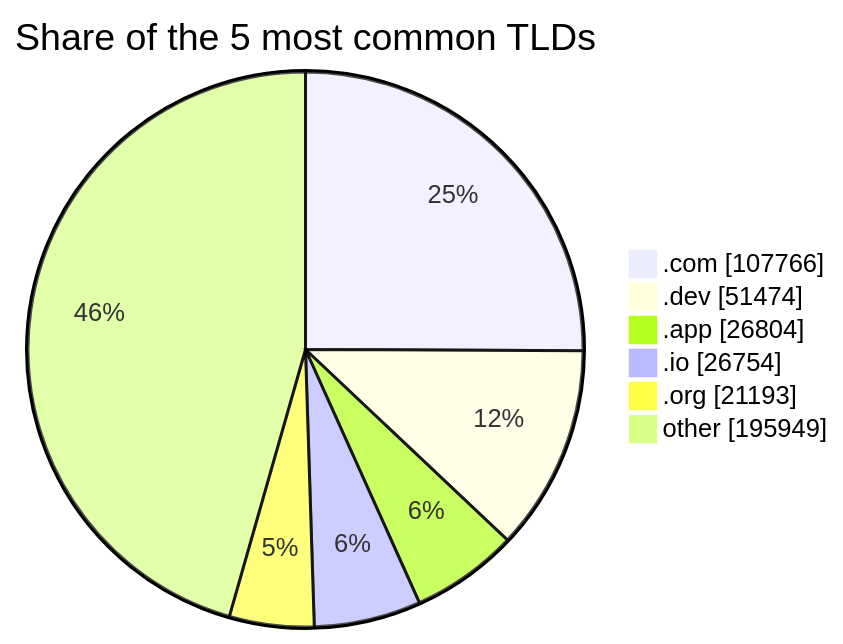
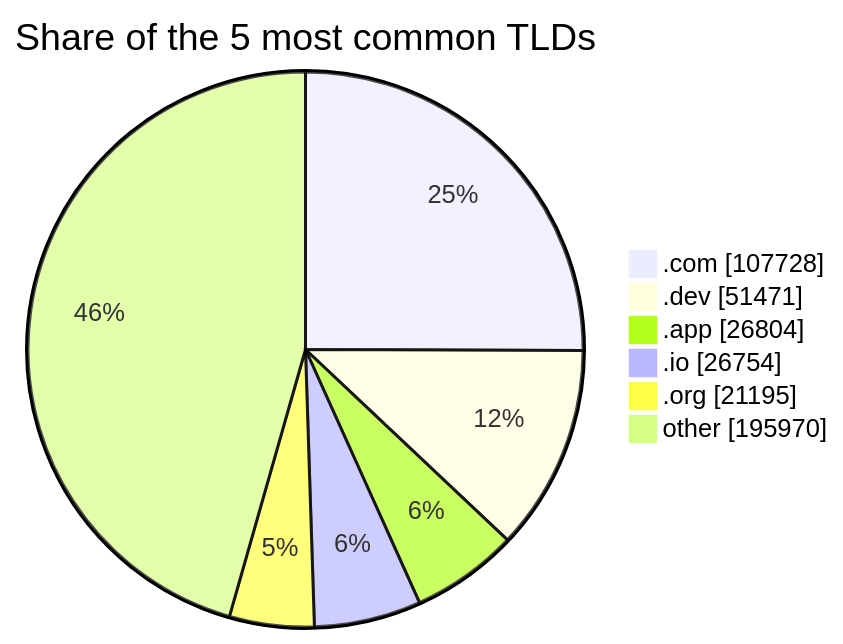
Before and after one commit to DNSBunker/CTI: the third of 3 diagrams in README.md, drawn with Mermaid. The commit also changed other lines of this file and 3 other files, not shown here.

````diff
--- a/README.md
+++ b/README.md
@@ -81,9 +81,9 @@
 ```mermaid
 pie showData title Share of the 5 most common TLDs
-    ".com" : 107766
-    ".dev" : 51474
+    ".com" : 107728
+    ".dev" : 51471
     ".app" : 26804
     ".io" : 26754
-    ".org" : 21193
-    "other" : 195949
+    ".org" : 21195
+    "other" : 195970
 ```
````
